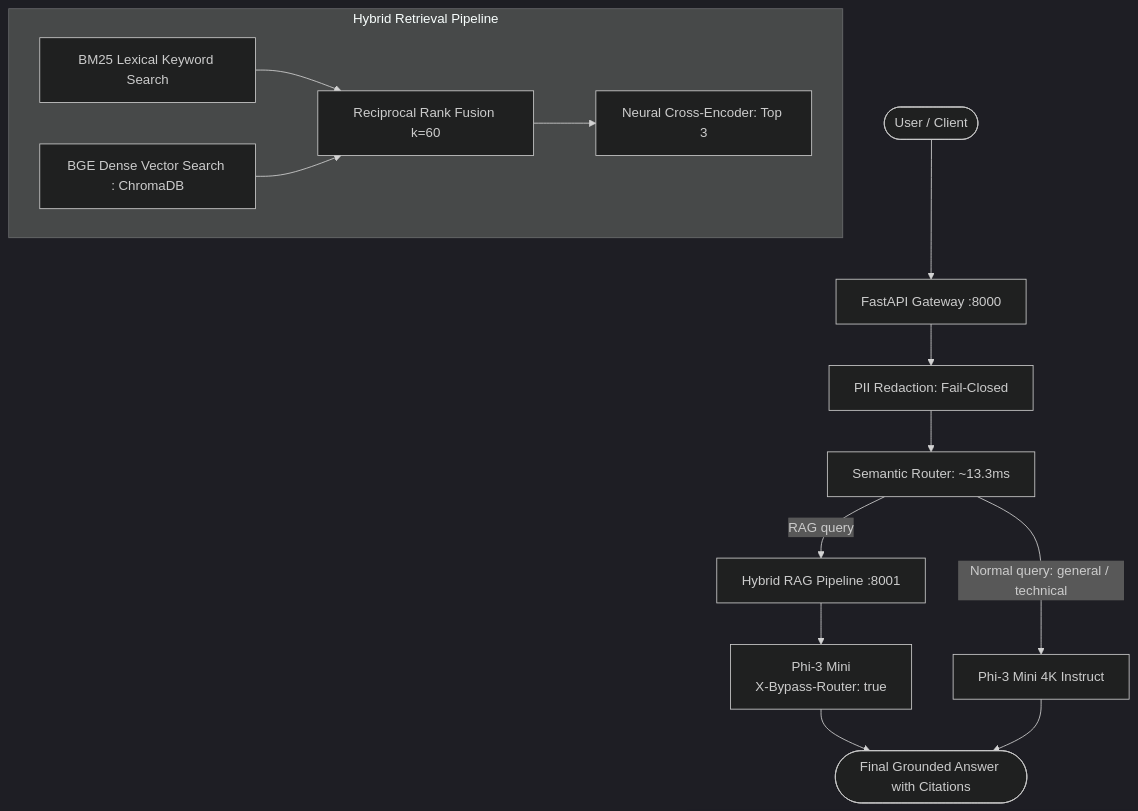
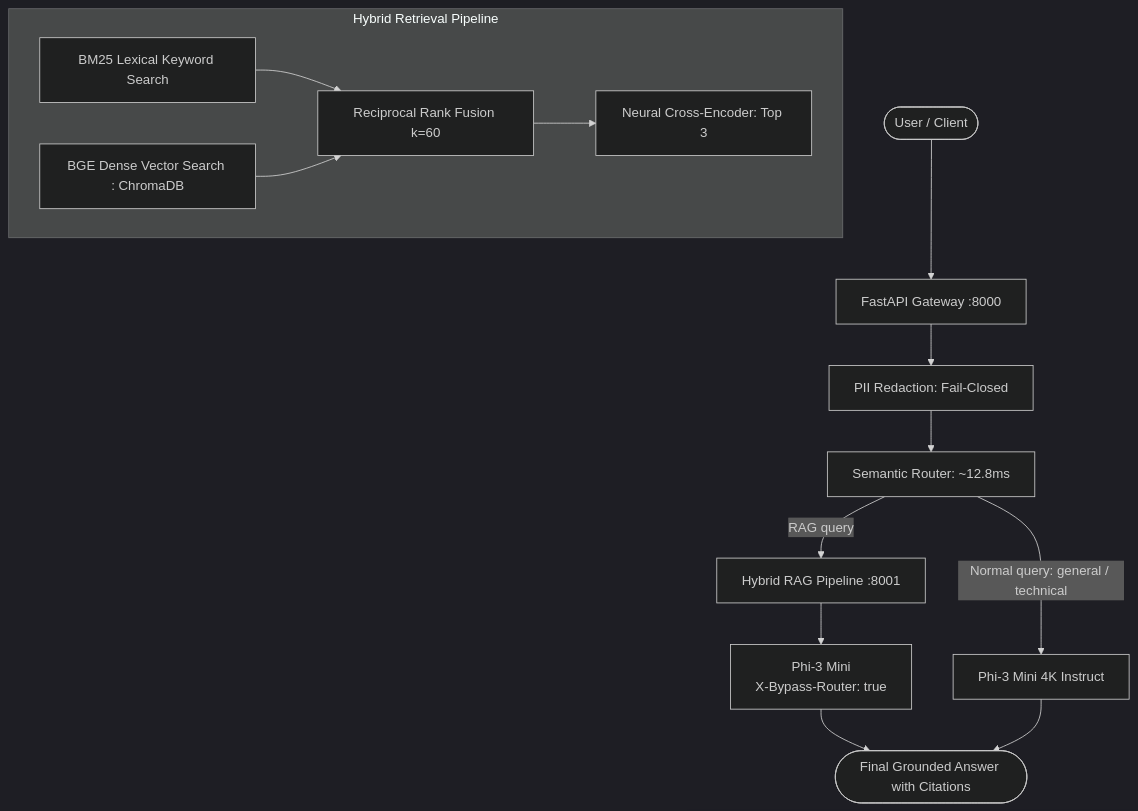
Before and after one commit to LakshyaK04/Ericsson-SLM-Gateway: the diagram in README.md, drawn with Mermaid (dark theme). The commit also changed other lines of this file and 21 other files, not shown here.

````diff
--- a/README.md
+++ b/README.md
@@ -56,23 +57,23 @@
 ```mermaid
 graph TD
     Client([User / Client]) --> Gateway[FastAPI Gateway :8000]
     Gateway --> PII[PII Redaction: Fail-Closed]
-    PII --> Router[Semantic Router: ~13.3ms]
+    PII --> Router[Semantic Router: ~12.8ms]
     
     Router -->|Normal query: general / technical| LocalModel[Phi-3 Mini 4K Instruct]
     Router -->|RAG query| RAG[Hybrid RAG Pipeline :8001]
     
     subgraph Hybrid Retrieval Pipeline
         BM25[BM25 Lexical Keyword Search]
         Dense[BGE Dense Vector Search : ChromaDB]
         RRF[Reciprocal Rank Fusion k=60]
         Rerank[Neural Cross-Encoder: Top 3]
         BM25 --> RRF
         Dense --> RRF
         RRF --> Rerank
     end
     
     RAG --> GroundedModel[Phi-3 Mini<br/>X-Bypass-Router: true]
     GroundedModel --> Answer([Final Grounded Answer with Citations])
     LocalModel --> Answer
 ```
````
